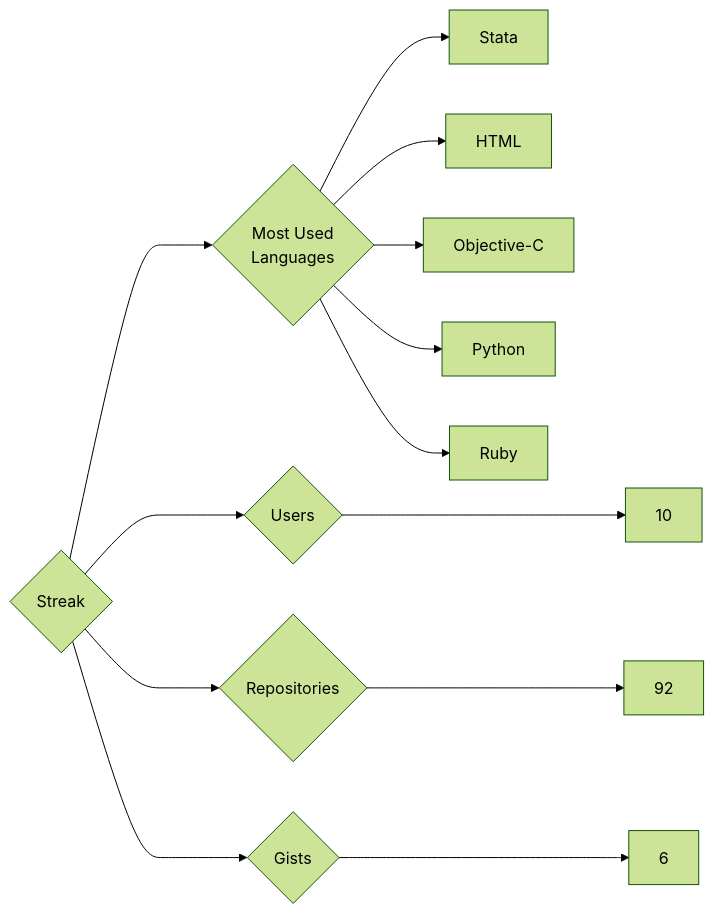
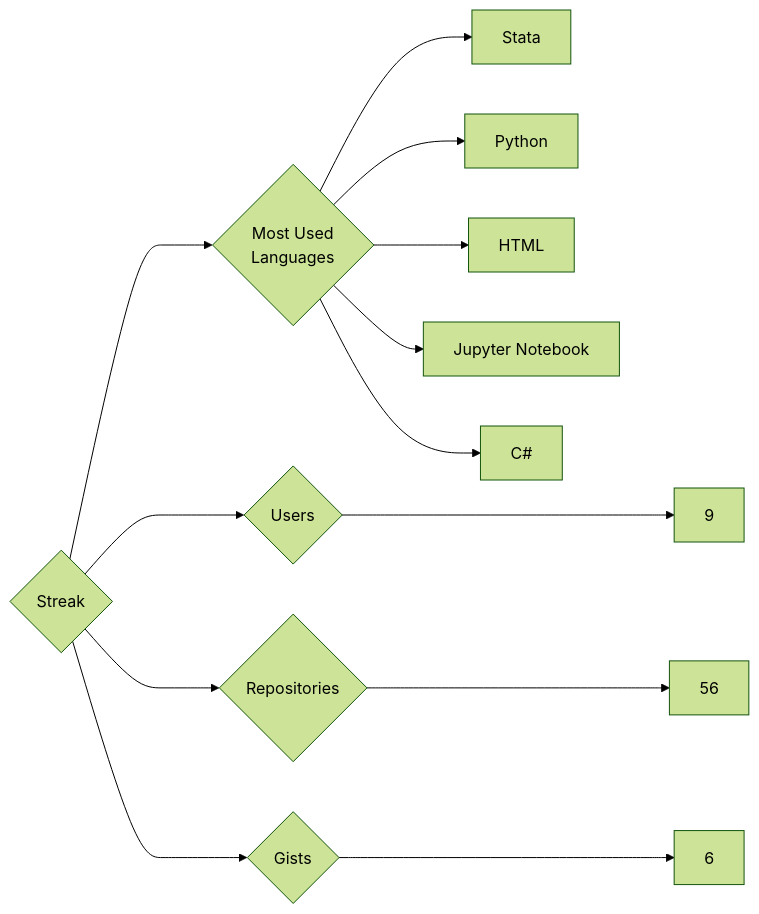
The diagram in targets/Streak/README.md (trickest/insiders), drawn with Mermaid (forest theme) before and after one commit. The commit also changed 1011 other files, not shown here.

````diff
--- a/targets/Streak/README.md
+++ b/targets/Streak/README.md
@@ -3,13 +3,13 @@
 ```mermaid
 graph LR
 COMPANY_NAME{Streak}
-COMPANY_NAME ---> U{Users} ---> UN[10]
-COMPANY_NAME ---> R{Repositories} ---> RN[92]
+COMPANY_NAME ---> U{Users} ---> UN[9]
+COMPANY_NAME ---> R{Repositories} ---> RN[56]
 COMPANY_NAME ---> G{Gists} ---> GN[6]
 COMPANY_NAME ---> ML{Most Used<br>Languages}
 ML --> Stata[Stata]
+ML --> Python[Python]
 ML --> HTML[HTML]
-ML --> Objective-C[Objective-C]
-ML --> Python[Python]
-ML --> Ruby[Ruby]
+ML --> Jupyter_Notebook[Jupyter Notebook]
+ML --> C#[C#]
 ```
````
